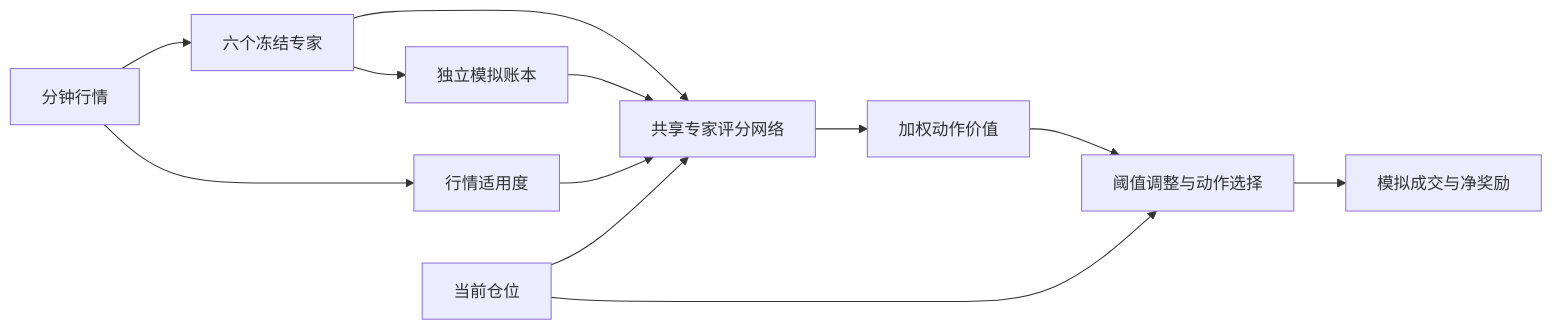
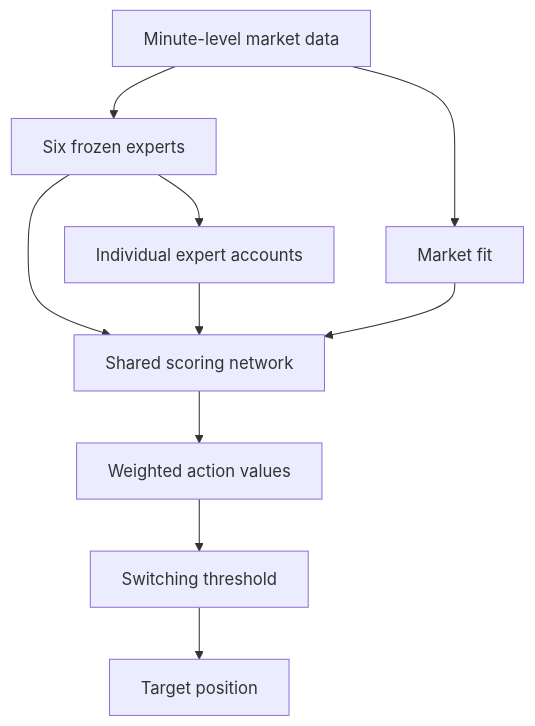
One commit to Yamila56/eth-expert-routing changed the diagram in README.md. Above: the diagram before and after it, drawn with Mermaid. The commit also changed other lines of this file and 1 other file, not shown here.

Commit message:
Rewrite README in English around architecture and usage

````diff
--- a/README.md
+++ b/README.md
@@ -47,14 +9,12 @@
 ```mermaid
-flowchart LR
-    M[分钟行情] --> X[六个冻结专家]
-    M --> C[行情适用度]
-    X --> L[独立模拟账本]
-    X --> R[共享专家评分网络]
-    L --> R
-    C --> R
-    P[当前仓位] --> R
-    R --> Q[加权动作价值]
-    Q --> T[阈值调整与动作选择]
-    P --> T
-    T --> E[模拟成交与净奖励]
+flowchart TD
+    M[Minute-level market data] --> X[Six frozen experts]
+    M --> F[Market fit]
+    X --> B[Individual expert accounts]
+    X --> R[Shared scoring network]
+    B --> R
+    F --> R
+    R --> Q[Weighted action values]
+    Q --> G[Switching threshold]
+    G --> A[Target position]
 ```
````
